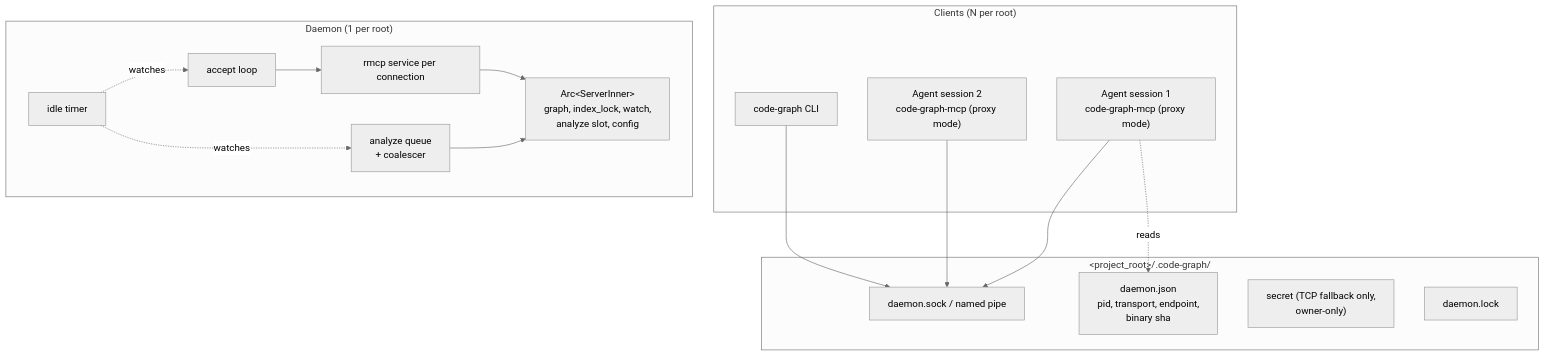
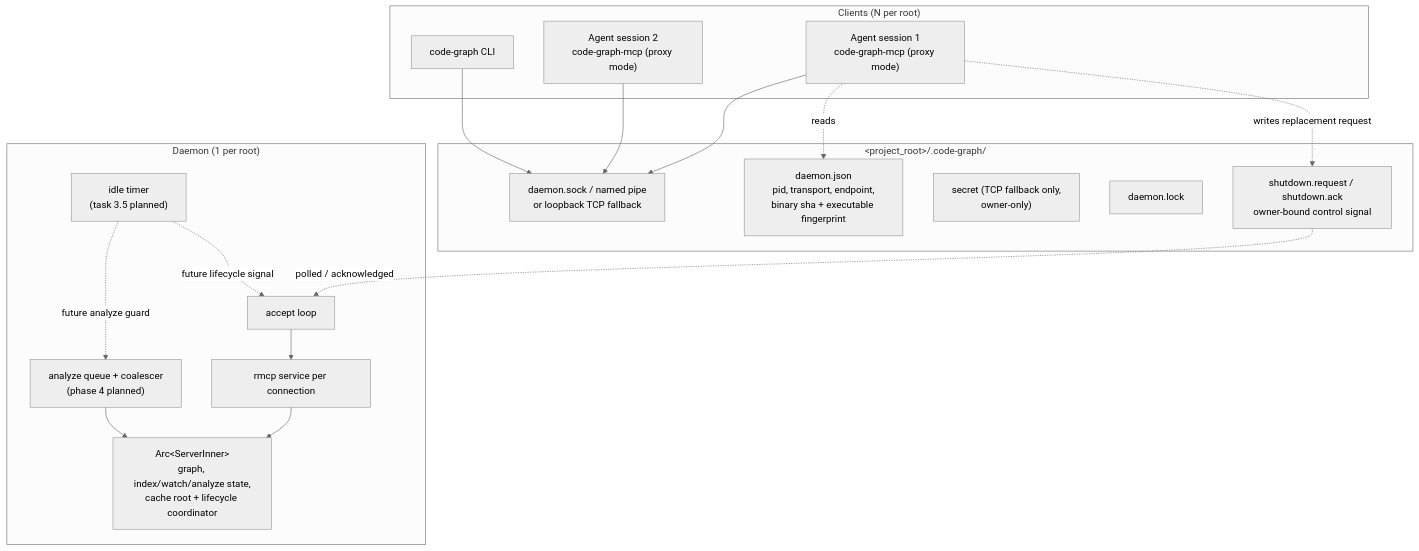
Before and after one commit to danweinerdev/code-graph-mcp: the first of 2 diagrams in .plans/Designs/RepoLocalDaemon/README.md, drawn with Mermaid (neutral theme). The commit also changed other lines of this file and 10 other files, not shown here.

Commit message:
feat(mcp): enable daemon binary replacement (task 3.4)

````diff
--- a/.plans/Designs/RepoLocalDaemon/README.md
+++ b/.plans/Designs/RepoLocalDaemon/README.md
@@ -40,32 +40,35 @@
 ```mermaid
 graph TD
     subgraph clients["Clients (N per root)"]
       C1["Agent session 1<br/>code-graph-mcp (proxy mode)"]
       C2["Agent session 2<br/>code-graph-mcp (proxy mode)"]
       C3["code-graph CLI"]
     end
 
     subgraph repo["&lt;project_root&gt;/.code-graph/"]
-      SOCK["daemon.sock / named pipe"]
-      META["daemon.json<br/>pid, transport, endpoint,<br/>binary sha"]
+      SOCK["daemon.sock / named pipe<br/>or loopback TCP fallback"]
+      META["daemon.json<br/>pid, transport, endpoint,<br/>binary sha + executable fingerprint"]
       SECRET["secret (TCP fallback only,<br/>owner-only)"]
       LOCK["daemon.lock"]
+      SIGNAL["shutdown.request / shutdown.ack<br/>owner-bound control signal"]
     end
 
     subgraph daemon["Daemon (1 per root)"]
       ACC["accept loop"]
       RMCP["rmcp service per connection"]
-      INNER["Arc&lt;ServerInner&gt;<br/>graph, index_lock, watch,<br/>analyze slot, config"]
-      IDLE["idle timer"]
-      QUEUE["analyze queue<br/>+ coalescer"]
+      INNER["Arc&lt;ServerInner&gt;<br/>graph, index/watch/analyze state,<br/>cache root + lifecycle coordinator"]
+      IDLE["idle timer<br/>(task 3.5 planned)"]
+      QUEUE["analyze queue + coalescer<br/>(phase 4 planned)"]
     end
 
     C1 --> SOCK
     C2 --> SOCK
     C3 --> SOCK
     C1 -.reads.-> META
+    C1 -.writes replacement request.-> SIGNAL
+    SIGNAL -.polled / acknowledged.-> ACC
     ACC --> RMCP --> INNER
     QUEUE --> INNER
-    IDLE -.watches.-> ACC
-    IDLE -.watches.-> QUEUE
+    IDLE -.future lifecycle signal.-> ACC
+    IDLE -.future analyze guard.-> QUEUE
 ```
````
